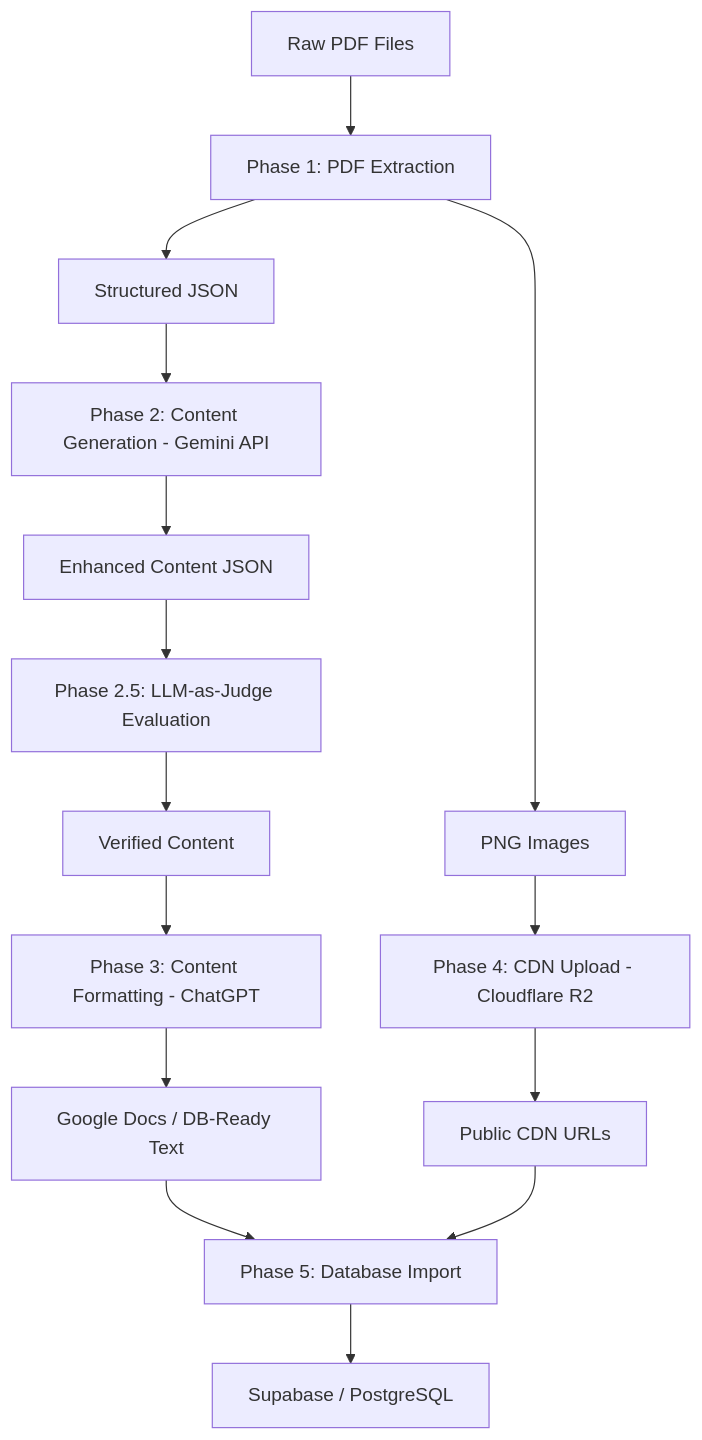
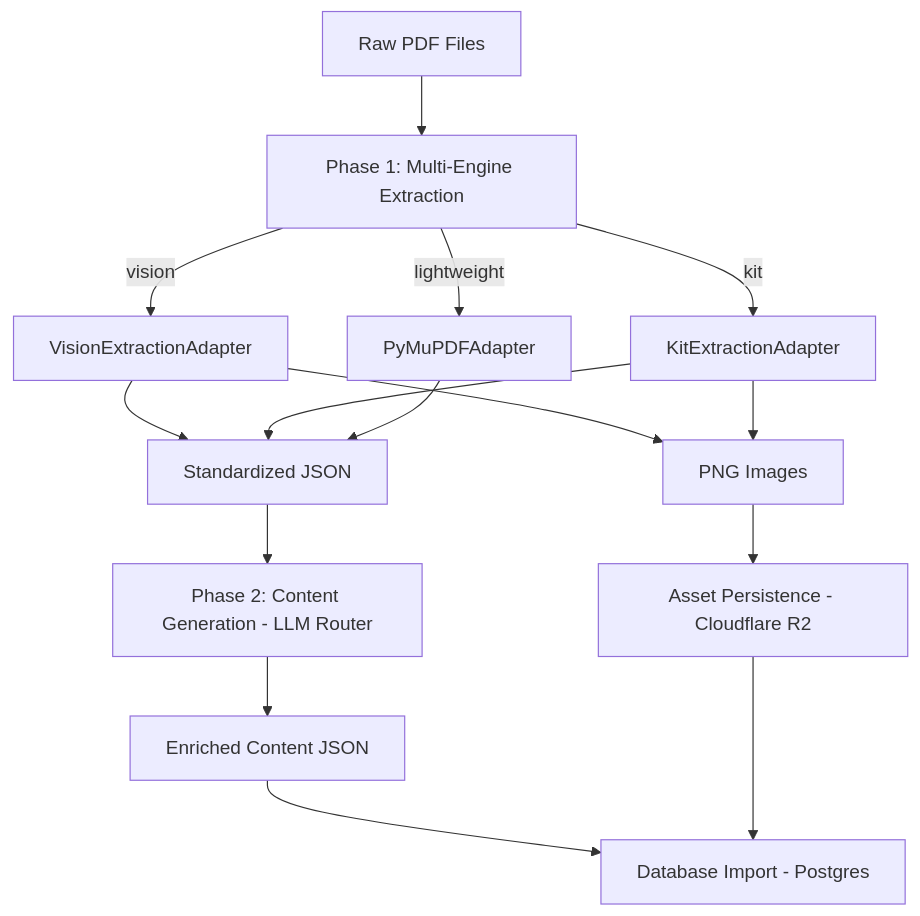
One commit to shmukit/Edmate changed the diagram in docs/technical/SYSTEM_DESIGN.md. Above: the diagram before and after it, drawn with Mermaid. The commit also changed other lines of this file and 5 other files, not shown here.

Commit message:
feat: implement VisionExtractionAdapter for multimodal PDF content extraction and update architecture documentation

````diff
--- a/docs/technical/SYSTEM_DESIGN.md
+++ b/docs/technical/SYSTEM_DESIGN.md
@@ -51,17 +51,19 @@
 ```mermaid
 graph TB
-    A[Raw PDF Files] --> B[Phase 1: PDF Extraction]
-    B --> C[Structured JSON]
-    B --> D[PNG Images]
-    C --> E[Phase 2: Content Generation - Gemini API]
-    E --> F[Enhanced Content JSON]
-    F --> G[Phase 2.5: LLM-as-Judge Evaluation]
-    G --> H[Verified Content]
-    H --> I[Phase 3: Content Formatting - ChatGPT]
-    I --> J[Google Docs / DB-Ready Text]
-    D --> K[Phase 4: CDN Upload - Cloudflare R2]
-    K --> L[Public CDN URLs]
-    J --> M[Phase 5: Database Import]
-    L --> M
-    M --> N[Supabase / PostgreSQL]
+    A[Raw PDF Files] --> B[Phase 1: Multi-Engine Extraction]
+    B -->|vision| V[VisionExtractionAdapter]
+    B -->|kit| K[KitExtractionAdapter]
+    B -->|lightweight| P[PyMuPDFAdapter]
+    
+    V --> C[Standardized JSON]
+    K --> C
+    P --> C
+    V --> D[PNG Images]
+    K --> D
+    
+    C --> E[Phase 2: Content Generation - LLM Router]
+    E --> F[Enriched Content JSON]
+    D --> G[Asset Persistence - Cloudflare R2]
+    F --> H[Database Import - Postgres]
+    G --> H
 ```
````
